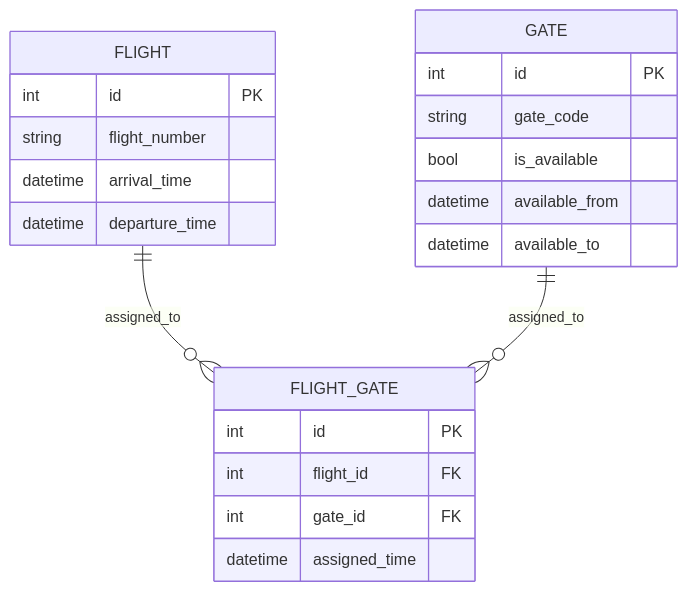
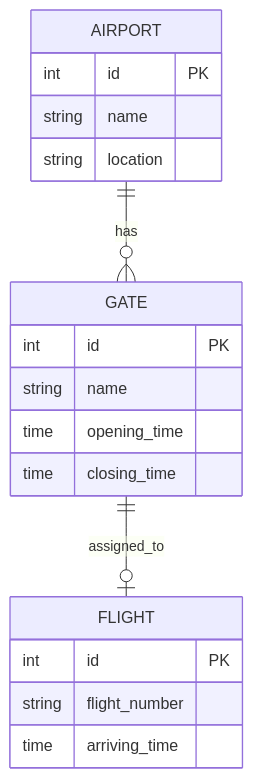
Before and after one commit to Maximuss1993/Airport_Gate_Management_System: the first of 3 diagrams in Readme.md, drawn with Mermaid. The commit also changed other lines of this file, not shown here.

Commit message:
cleaned mermaid diagrams...

````diff
--- a/Readme.md
+++ b/Readme.md
@@ -77,27 +77,25 @@
 ```mermaid
 erDiagram
-    FLIGHT {
+    AIRPORT {
         int id PK
-        string flight_number
-        datetime arrival_time
-        datetime departure_time
+        string name
+        string location
     }
 
     GATE {
         int id PK
-        string gate_code
-        bool is_available
-        datetime available_from
-        datetime available_to
+        string name
+        time opening_time
+        time closing_time
     }
 
-    FLIGHT_GATE {
+    FLIGHT {
         int id PK
-        int flight_id FK
-        int gate_id FK
-        datetime assigned_time
+        string flight_number
+        time arriving_time
     }
 
-    FLIGHT ||--o{ FLIGHT_GATE : assigned_to
-    GATE ||--o{ FLIGHT_GATE : assigned_to
+    GATE ||--o| FLIGHT : assigned_to
+    AIRPORT ||--o{ GATE : has
+
 ```
````
